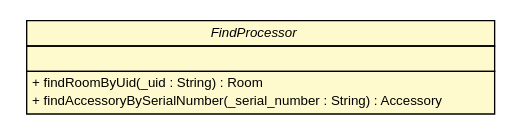
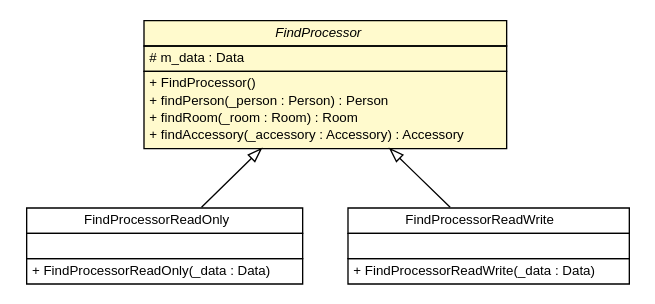
The diagram in javadoc/coreserver/com/connectlife/coreserver/environment/FindProcessor.dot (ericpinet/ConnectLife), drawn with Graphviz before and after one commit. The commit also changed 326 other files, not shown here.

```diff
--- a/javadoc/coreserver/com/connectlife/coreserver/environment/FindProcessor.dot
+++ b/javadoc/coreserver/com/connectlife/coreserver/environment/FindProcessor.dot
@@ -1,25 +1,55 @@
 #!/usr/local/bin/dot
 #
 # Class diagram 
 # Generated by UMLGraph version 5.1 (http://www.umlgraph.org/)
 #
 
 digraph G {
 	edge [fontname="Helvetica",fontsize=10,labelfontname="Helvetica",labelfontsize=10];
 	node [fontname="Helvetica",fontsize=10,shape=plaintext];
 	nodesep=0.25;
 	ranksep=0.5;
-	// com.connectlife.coreserver.environment.FindProcessor
-	c1264 [label=<<table title="com.connectlife.coreserver.environment.FindProcessor" border="0" cellborder="1" cellspacing="0" cellpadding="2" port="p" bgcolor="lemonChiffon" href="./FindProcessor.html">
+	// com.connectlife.coreserver.environment.FindProcessorReadOnly
+	c1292 [label=<<table title="com.connectlife.coreserver.environment.FindProcessorReadOnly" border="0" cellborder="1" cellspacing="0" cellpadding="2" port="p" href="./FindProcessorReadOnly.html">
 		<tr><td><table border="0" cellspacing="0" cellpadding="1">
-<tr><td align="center" balign="center"><font face="Helvetica-Oblique"> FindProcessor </font></td></tr>
+<tr><td align="center" balign="center"> FindProcessorReadOnly </td></tr>
 		</table></td></tr>
 		<tr><td><table border="0" cellspacing="0" cellpadding="1">
 <tr><td align="left" balign="left">  </td></tr>
 		</table></td></tr>
 		<tr><td><table border="0" cellspacing="0" cellpadding="1">
-<tr><td align="left" balign="left"> + findRoomByUid(_uid : String) : Room </td></tr>
-<tr><td align="left" balign="left"> + findAccessoryBySerialNumber(_serial_number : String) : Accessory </td></tr>
+<tr><td align="left" balign="left"> + FindProcessorReadOnly(_data : Data) </td></tr>
 		</table></td></tr>
 		</table>>, fontname="Helvetica", fontcolor="black", fontsize=10.0];
+	// com.connectlife.coreserver.environment.FindProcessor
+	c1294 [label=<<table title="com.connectlife.coreserver.environment.FindProcessor" border="0" cellborder="1" cellspacing="0" cellpadding="2" port="p" bgcolor="lemonChiffon" href="./FindProcessor.html">
+		<tr><td><table border="0" cellspacing="0" cellpadding="1">
+<tr><td align="center" balign="center"><font face="Helvetica-Oblique"> FindProcessor </font></td></tr>
+		</table></td></tr>
+		<tr><td><table border="0" cellspacing="0" cellpadding="1">
+<tr><td align="left" balign="left"> # m_data : Data </td></tr>
+		</table></td></tr>
+		<tr><td><table border="0" cellspacing="0" cellpadding="1">
+<tr><td align="left" balign="left"> + FindProcessor() </td></tr>
+<tr><td align="left" balign="left"> + findPerson(_person : Person) : Person </td></tr>
+<tr><td align="left" balign="left"> + findRoom(_room : Room) : Room </td></tr>
+<tr><td align="left" balign="left"> + findAccessory(_accessory : Accessory) : Accessory </td></tr>
+		</table></td></tr>
+		</table>>, fontname="Helvetica", fontcolor="black", fontsize=10.0];
+	// com.connectlife.coreserver.environment.FindProcessorReadWrite
+	c1295 [label=<<table title="com.connectlife.coreserver.environment.FindProcessorReadWrite" border="0" cellborder="1" cellspacing="0" cellpadding="2" port="p" href="./FindProcessorReadWrite.html">
+		<tr><td><table border="0" cellspacing="0" cellpadding="1">
+<tr><td align="center" balign="center"> FindProcessorReadWrite </td></tr>
+		</table></td></tr>
+		<tr><td><table border="0" cellspacing="0" cellpadding="1">
+<tr><td align="left" balign="left">  </td></tr>
+		</table></td></tr>
+		<tr><td><table border="0" cellspacing="0" cellpadding="1">
+<tr><td align="left" balign="left"> + FindProcessorReadWrite(_data : Data) </td></tr>
+		</table></td></tr>
+		</table>>, fontname="Helvetica", fontcolor="black", fontsize=10.0];
+	//com.connectlife.coreserver.environment.FindProcessorReadOnly extends com.connectlife.coreserver.environment.FindProcessor
+	c1294:p -> c1292:p [dir=back,arrowtail=empty];
+	//com.connectlife.coreserver.environment.FindProcessorReadWrite extends com.connectlife.coreserver.environment.FindProcessor
+	c1294:p -> c1295:p [dir=back,arrowtail=empty];
 }
```
